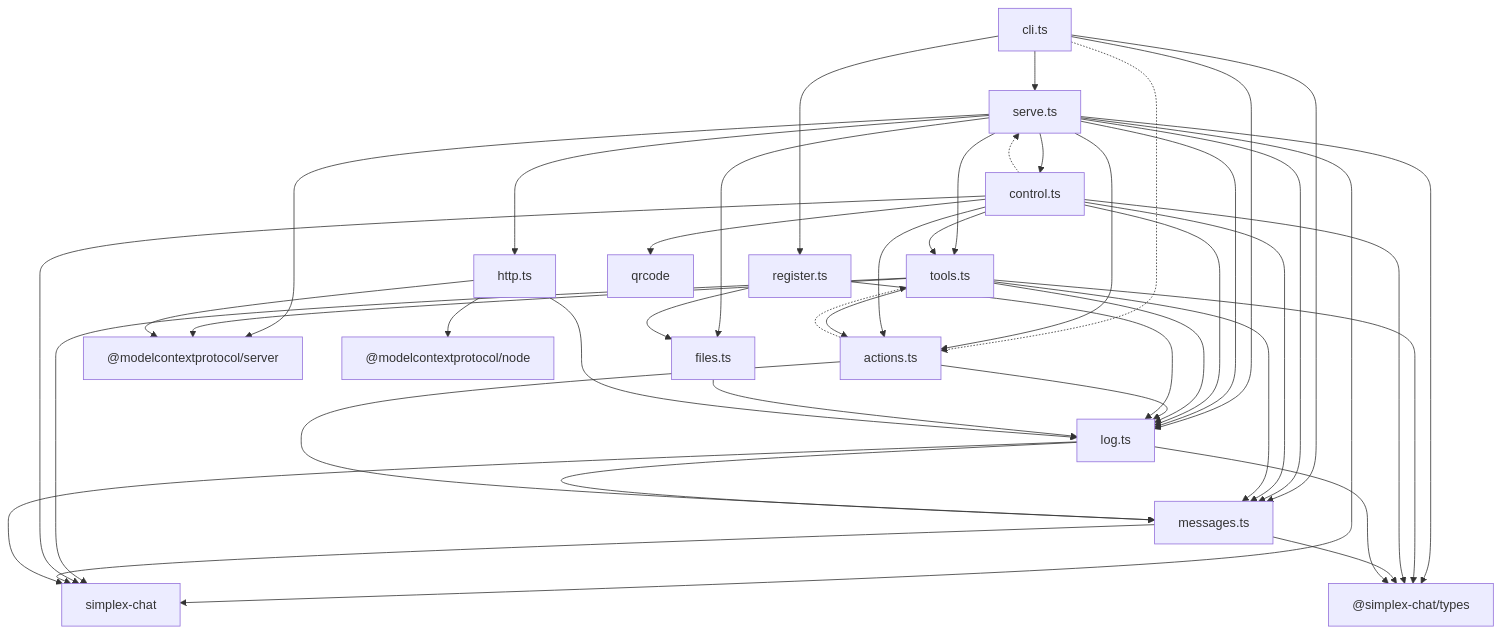
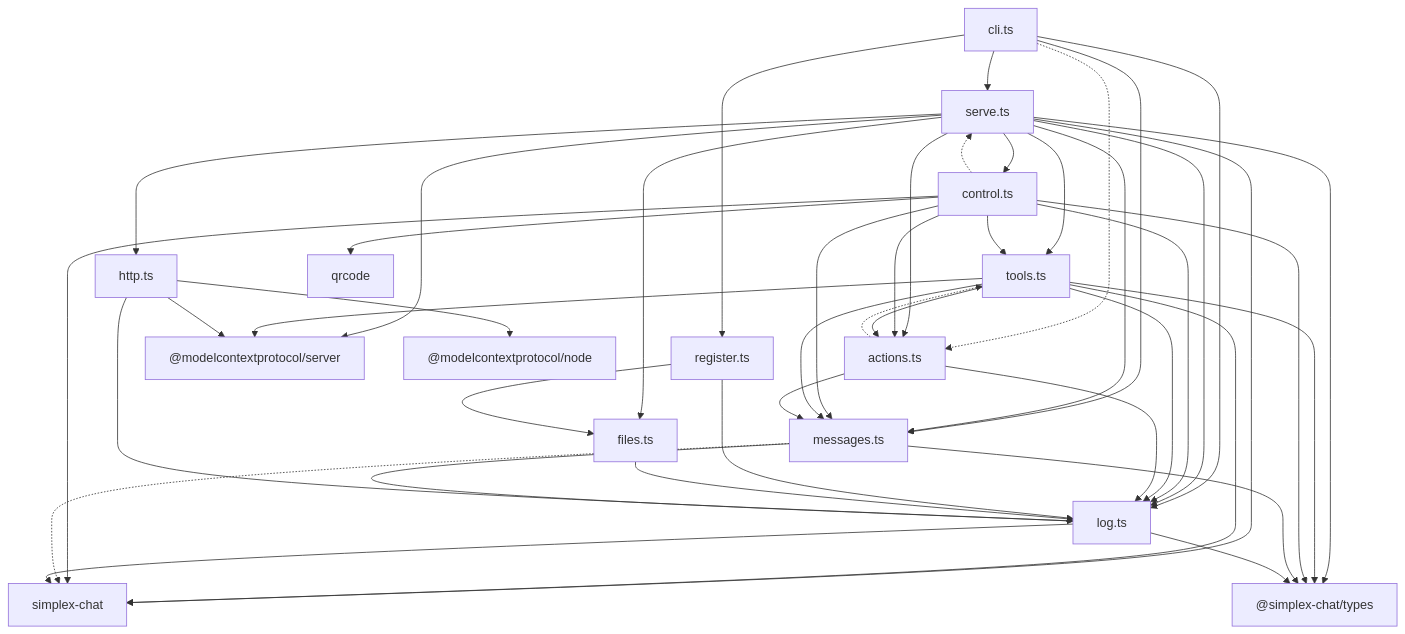
The diagram in packages/simplex-chat-mcp/spec/README.md (simplex-chat/simplex-chat), drawn with Mermaid before and after one commit. The commit also changed other lines of this file and 34 other files, not shown here.

````diff
--- a/packages/simplex-chat-mcp/spec/README.md
+++ b/packages/simplex-chat-mcp/spec/README.md
@@ -34,46 +34,46 @@
 ```mermaid
 graph TD
   cli["cli.ts"] --> serve["serve.ts"]
   cli --> register["register.ts"]
   cli --> messages["messages.ts"]
   cli --> log["log.ts"]
   cli -.-> actions["actions.ts"]
   serve --> control["control.ts"]
   serve --> tools["tools.ts"]
   serve --> actions
   serve --> http["http.ts"]
   serve --> files["files.ts"]
   serve --> messages
   serve --> log
   control --> tools
   control --> actions
   control --> messages
   control --> log
   control -.-> serve
   tools --> actions
   tools --> messages
   tools --> log
   actions --> messages
   actions --> log
   actions -.-> tools
   register --> files
   register --> log
   files --> log
   http --> log
-  log --> messages
+  messages --> log
   serve --> sc["simplex-chat"]
   tools --> sc
   control --> sc
-  messages --> sc
+  messages -.-> sc
   log --> sc
   serve --> types["@simplex-chat/types"]
   tools --> types
   control --> types
   messages --> types
   log --> types
   serve --> mcps["@modelcontextprotocol/server"]
   tools --> mcps
   http --> mcps
   http --> mcpn["@modelcontextprotocol/node"]
   control --> qr["qrcode"]
 ```
````
